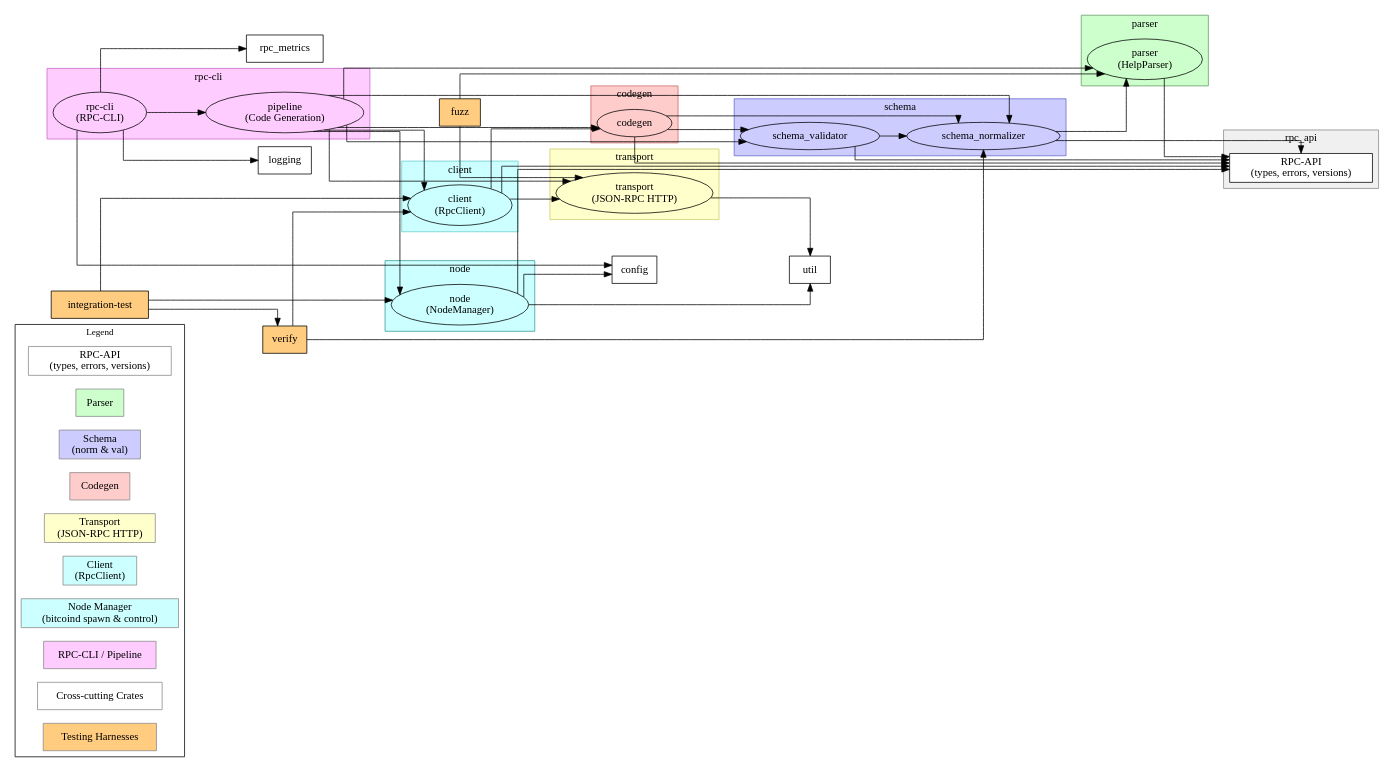
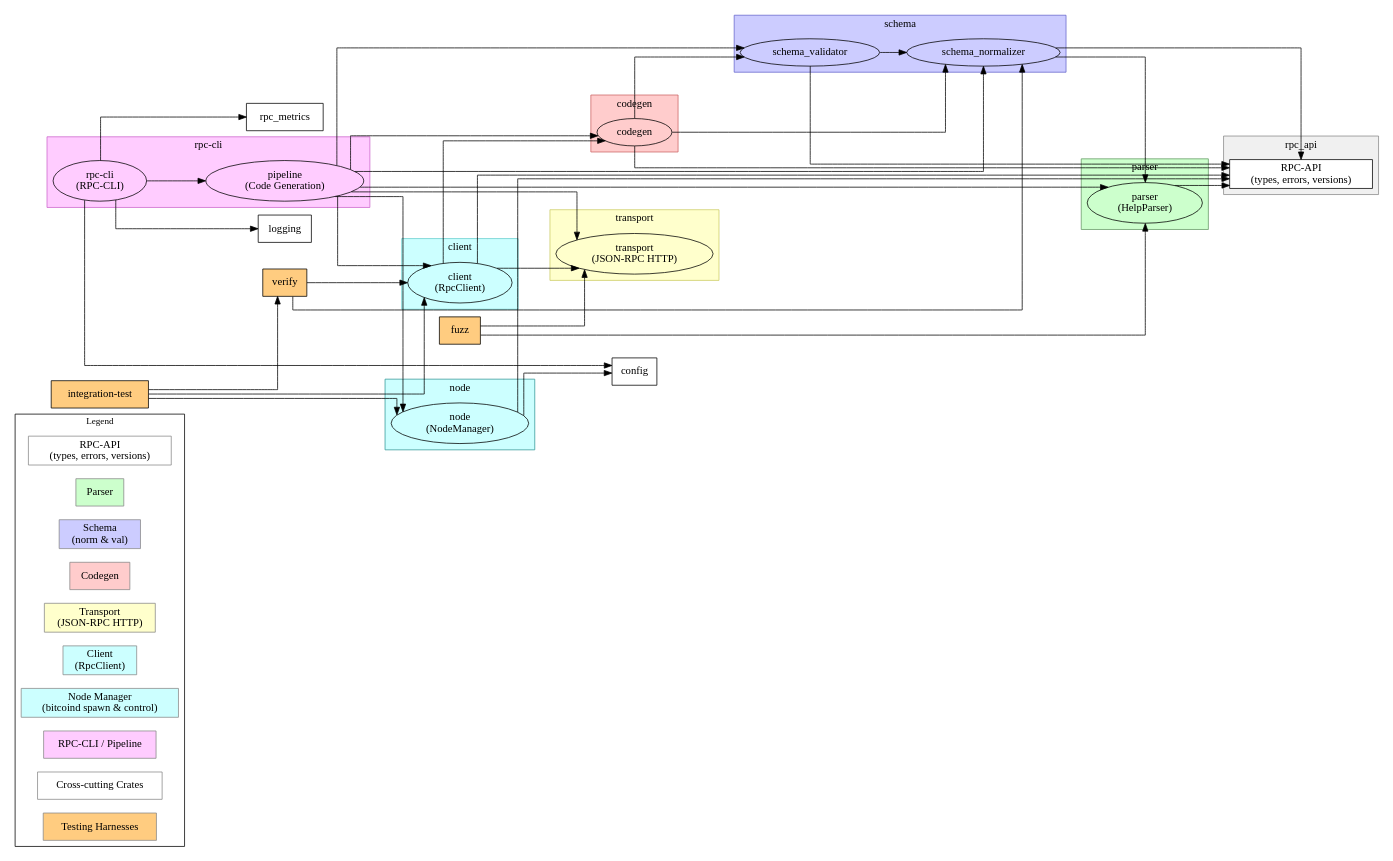
Before and after one commit to nervana21/bitcoin-rpc-codegen: the diagram in docs/structure.dot, drawn with Graphviz. The commit also changed 3 other files, not shown here.

```diff
--- a/docs/structure.dot
+++ b/docs/structure.dot
@@ -1,116 +1,113 @@
 digraph BitcoinRpcCodegen {
   graph [rankdir=LR, splines=ortho];
 
   // ───────────── Legend ─────────────
   subgraph cluster_legend {
     label="Legend"; fontsize=12;
     node [shape=box style=filled];
     legend_rpc_api   [label="RPC-API\n(types, errors, versions)" fillcolor="#ffffff" color="#888888"];
     legend_parser    [label="Parser" fillcolor="#ccffcc" color="#888888"];
     legend_schema    [label="Schema\n(norm & val)" fillcolor="#ccccff" color="#888888"];
     legend_codegen   [label="Codegen" fillcolor="#ffcccc" color="#888888"];
     legend_transport [label="Transport\n(JSON‑RPC HTTP)" fillcolor="#ffffcc" color="#888888"];
     legend_client    [label="Client\n(RpcClient)" fillcolor="#ccffff" color="#888888"];
     legend_node_mgr  [label="Node Manager\n(bitcoind spawn & control)" fillcolor="#ccffff" color="#888888"];
     legend_rpc_cli   [label="RPC-CLI / Pipeline" fillcolor="#ffccff" color="#888888"];
     legend_cross     [label="Cross‑cutting Crates" fillcolor="#ffffff" color="#888888"];
     legend_tests     [label="Testing Harnesses" fillcolor="#ffcc80" color="#888888"];
   }
 
   // ───────────── RPC-API crate ─────────────
   subgraph cluster_rpc_api {
     label="rpc_api"; style=filled; fillcolor="#f0f0f0"; color="#888888";
     node [shape=box style=filled fillcolor="#ffffff" color="#000000"];
     rpc_api [label="RPC-API\n(types, errors, versions)"];
   }
 
   // ───────────── Parser crate ─────────────
   subgraph cluster_parser {
     label="parser"; style=filled; fillcolor="#ccffcc"; color="#669966";
     parser [label="parser\n(HelpParser)"];
   }
 
   // ───────────── Schema crate ─────────────
   subgraph cluster_schema {
     label="schema"; style=filled; fillcolor="#ccccff"; color="#6666CC";
     schema_norm [label="schema_normalizer"];
     schema_val  [label="schema_validator"];
   }
 
   // ───────────── Codegen crate ─────────────
   subgraph cluster_codegen {
     label="codegen"; style=filled; fillcolor="#ffcccc"; color="#CC6666";
     codegen [label="codegen"];
   }
 
   // ───────────── Transport crate ─────────────
   subgraph cluster_transport {
     label="transport"; style=filled; fillcolor="#ffffcc"; color="#CCCC66";
     transport [label="transport\n(JSON‑RPC HTTP)"];
   }
 
   // ───────────── Client crate ─────────────
   subgraph cluster_client {
     label="client"; style=filled; fillcolor="#ccffff"; color="#66CCCC";
     client [label="client\n(RpcClient)"];
   }
 
   // ───────────── Node Manager crate ─────────────
   subgraph cluster_node_mgr {
     label="node"; style=filled; fillcolor="#ccffff"; color="#339999";
     node_mgr [label="node\n(NodeManager)"];
   }
 
   // ───────────── RPC_CLI / Pipeline crate ─────────────
   subgraph cluster_rpc_cli {
     label="rpc-cli"; style=filled; fillcolor="#ffccff"; color="#CC66CC";
     pipeline [label="pipeline\n(Code Generation)"];
     rpc_cli  [label="rpc-cli\n(RPC-CLI)"];
   }
 
   // ───────────── Cross‑cutting crates ─────────────
   config  [label="config"  shape=box style=filled fillcolor="#ffffff"];
-  util    [label="util"    shape=box style=filled fillcolor="#ffffff"];
   logging [label="logging" shape=box style=filled fillcolor="#ffffff"];
   rpc_metrics [label="rpc_metrics" shape=box style=filled fillcolor="#ffffff"];
 
   // ───────────── Testing harnesses ─────────────
   integration_test [label="integration-test" shape=box style=filled fillcolor="#ffcc80"];
   fuzz             [label="fuzz"            shape=box style=filled fillcolor="#ffcc80"];
   verify           [label="verify"          shape=box style=filled fillcolor="#ffcc80"];
 
   // ───────────── Dependencies ─────────────
   parser           -> rpc_api;
   schema_norm      -> parser;
   schema_norm      -> rpc_api;
   schema_val       -> schema_norm;
   schema_val       -> rpc_api;
   codegen          -> schema_norm;
   codegen          -> schema_val;
   codegen          -> rpc_api;
-  transport        -> util;
   client           -> codegen;
   client           -> transport;
   client           -> rpc_api;
   node_mgr         -> rpc_api;
-  node_mgr         -> util;
   node_mgr         -> config;
   pipeline         -> parser;
   pipeline         -> schema_norm;
   pipeline         -> schema_val;
   pipeline         -> codegen;
   pipeline         -> transport;
   pipeline         -> client;
   pipeline         -> node_mgr;
   rpc_cli          -> pipeline;
   rpc_cli          -> config;
   rpc_cli          -> logging;
   rpc_cli          -> rpc_metrics;
   integration_test          -> node_mgr;
   integration_test -> client;
   integration_test -> verify;
   fuzz             -> parser;
   fuzz             -> transport;
   verify           -> client;
   verify           -> schema_norm;
 }
```
